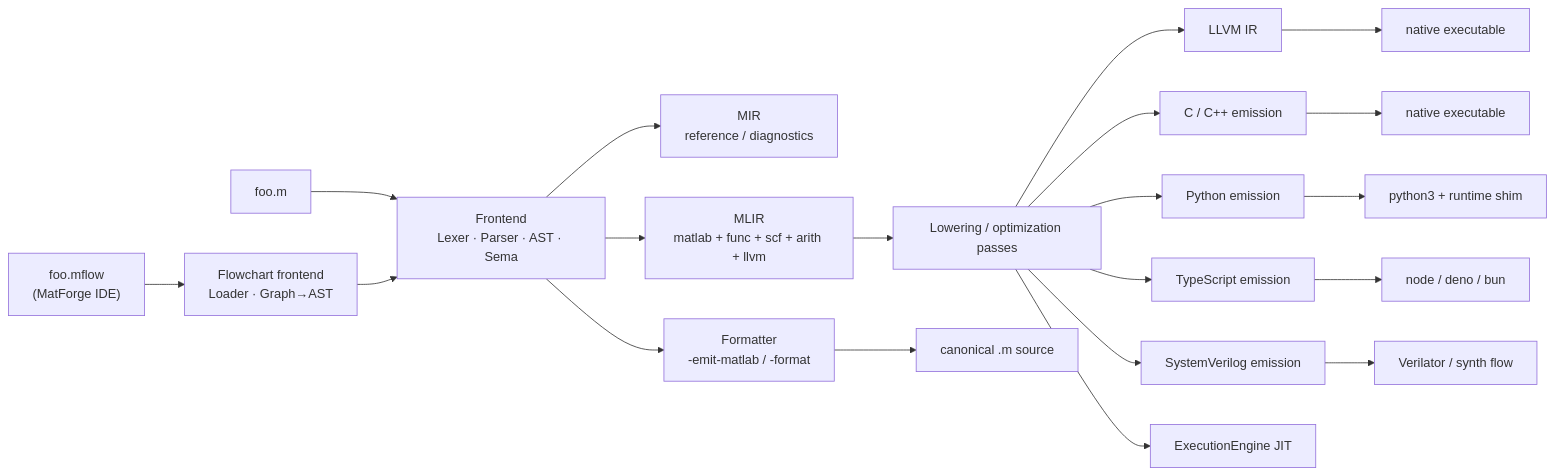
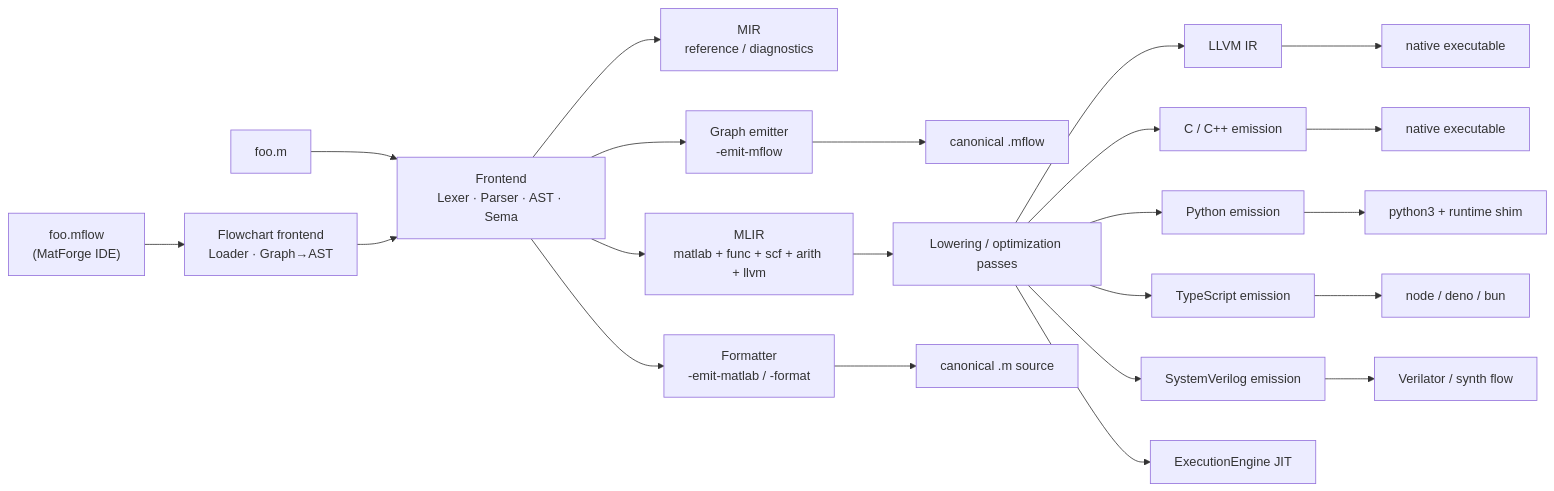
One commit to leonardoaraujosantos/matlab_llvm changed the diagram in README.md. Above: the diagram before and after it, drawn with Mermaid. The commit also changed other lines of this file and 12 other files, not shown here.

````diff
--- a/README.md
+++ b/README.md
@@ -321,22 +324,24 @@
 ```mermaid
 flowchart LR
   src1["foo.m"] --> FE["Frontend<br/>Lexer · Parser · AST · Sema"]
   src2["foo.mflow<br/>(MatForge IDE)"] --> FC["Flowchart frontend<br/>Loader · Graph→AST"]
   FC --> FE
   FE --> MIR["MIR<br/>reference / diagnostics"]
   FE --> MLIR["MLIR<br/>matlab + func + scf + arith + llvm"]
   FE --> FMT["Formatter<br/>-emit-matlab / -format"]
+  FE --> MFL["Graph emitter<br/>-emit-mflow"]
+  MFL --> MOUT2["canonical .mflow"]
   MLIR --> Passes["Lowering / optimization passes"]
   Passes --> LLVM["LLVM IR"]
   Passes --> C["C / C++ emission"]
   Passes --> PY["Python emission"]
   Passes --> TS["TypeScript emission"]
   Passes --> SV["SystemVerilog emission"]
   Passes --> JIT["ExecutionEngine JIT"]
   LLVM --> EXE1["native executable"]
   C --> EXE2["native executable"]
   PY --> EXE3["python3 + runtime shim"]
   TS --> EXE4["node / deno / bun"]
   SV --> EXE5["Verilator / synth flow"]
   FMT --> MOUT["canonical .m source"]
 ```
````
